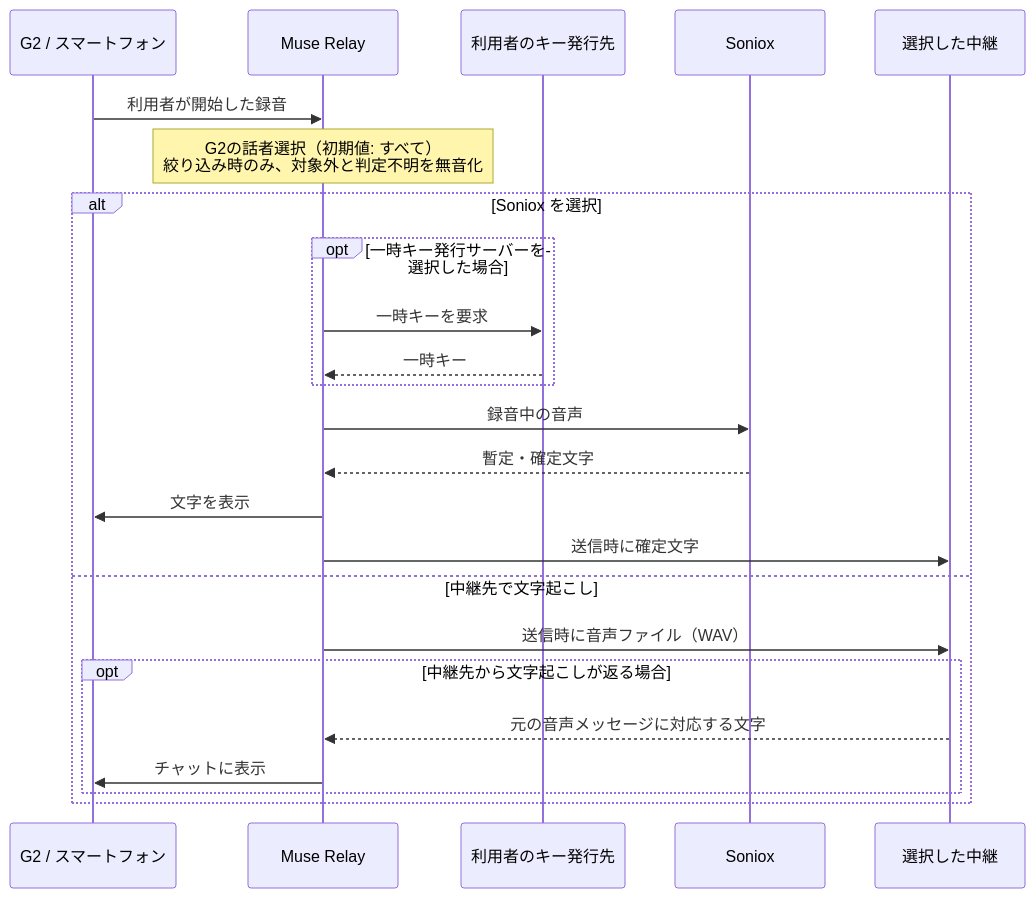
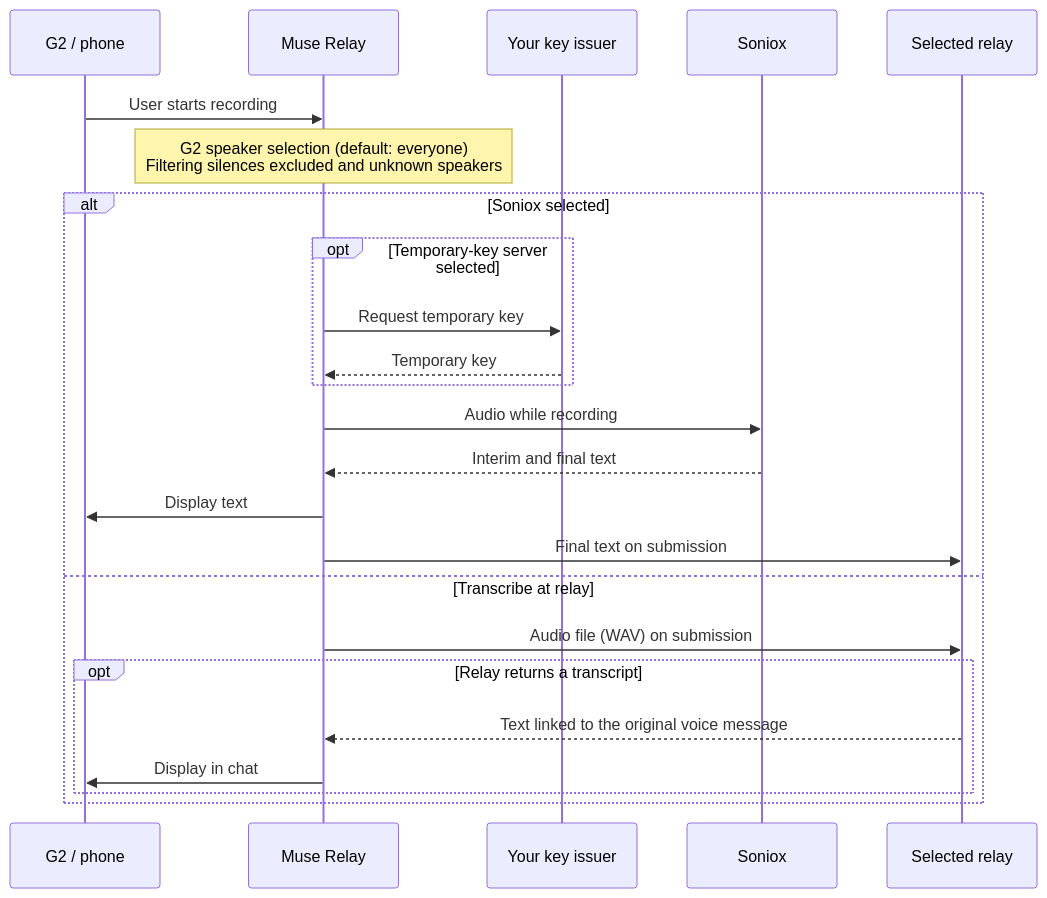
Before and after one commit to 3mintimer/muse-relay: the diagram in docs/data.md, drawn with Mermaid. The commit also changed other lines of this file and 49 other files, not shown here.

````diff
--- a/docs/data.md
+++ b/docs/data.md
@@ -17,26 +19,26 @@
 ```mermaid
 sequenceDiagram
-  participant G as G2 / スマートフォン
+  participant G as G2 / phone
   participant A as Muse Relay
-  participant K as 利用者のキー発行先
+  participant K as Your key issuer
   participant S as Soniox
-  participant R as 選択した中継
-  G->>A: 利用者が開始した録音
-  Note over A: G2の話者選択（初期値: すべて）<br/>絞り込み時のみ、対象外と判定不明を無音化
-  alt Soniox を選択
-    opt 一時キー発行サーバーを選択した場合
-      A->>K: 一時キーを要求
-      K-->>A: 一時キー
+  participant R as Selected relay
+  G->>A: User starts recording
+  Note over A: G2 speaker selection (default: everyone)<br/>Filtering silences excluded and unknown speakers
+  alt Soniox selected
+    opt Temporary-key server selected
+      A->>K: Request temporary key
+      K-->>A: Temporary key
     end
-    A->>S: 録音中の音声
-    S-->>A: 暫定・確定文字
-    A->>G: 文字を表示
-    A->>R: 送信時に確定文字
-  else 中継先で文字起こし
-    A->>R: 送信時に音声ファイル（WAV）
-    opt 中継先から文字起こしが返る場合
-      R-->>A: 元の音声メッセージに対応する文字
-      A->>G: チャットに表示
+    A->>S: Audio while recording
+    S-->>A: Interim and final text
+    A->>G: Display text
+    A->>R: Final text on submission
+  else Transcribe at relay
+    A->>R: Audio file (WAV) on submission
+    opt Relay returns a transcript
+      R-->>A: Text linked to the original voice message
+      A->>G: Display in chat
     end
   end
 ```
````
